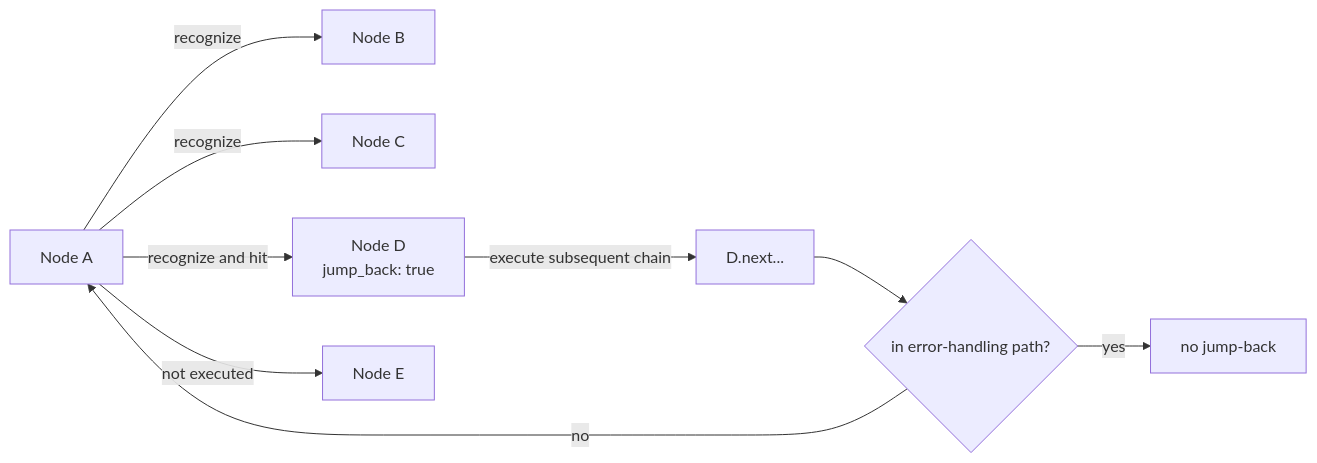
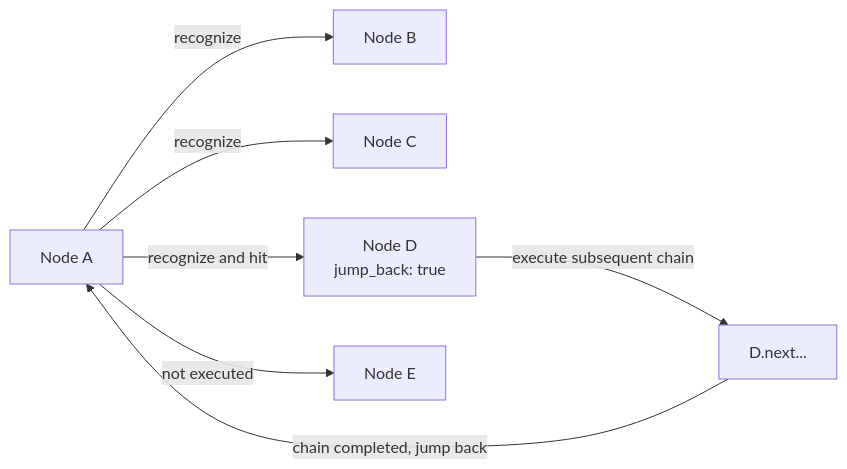
The fourth of 4 diagrams in docs/en_us/3.1-PipelineProtocol.md (MaaXYZ/MaaFramework), drawn with Mermaid before and after one commit. The commit also changed other lines of this file and 1 other file, not shown here.

````diff
--- a/docs/en_us/3.1-PipelineProtocol.md
+++ b/docs/en_us/3.1-PipelineProtocol.md
@@ -1453,11 +1416,9 @@
 ```mermaid
 graph LR
     A[Node A] -->|recognize| B[Node B]
     A -->|recognize| C[Node C]
     A -->|recognize and hit| D[Node D<br/>jump_back: true]
     A -->|not executed| E[Node E]
     D -->|execute subsequent chain| F[D.next...]
-    F --> G{in error-handling path?}
-    G -->|no| A
-    G -->|yes| H[no jump-back]
+    F -->|chain completed, jump back| A
 ```
````
